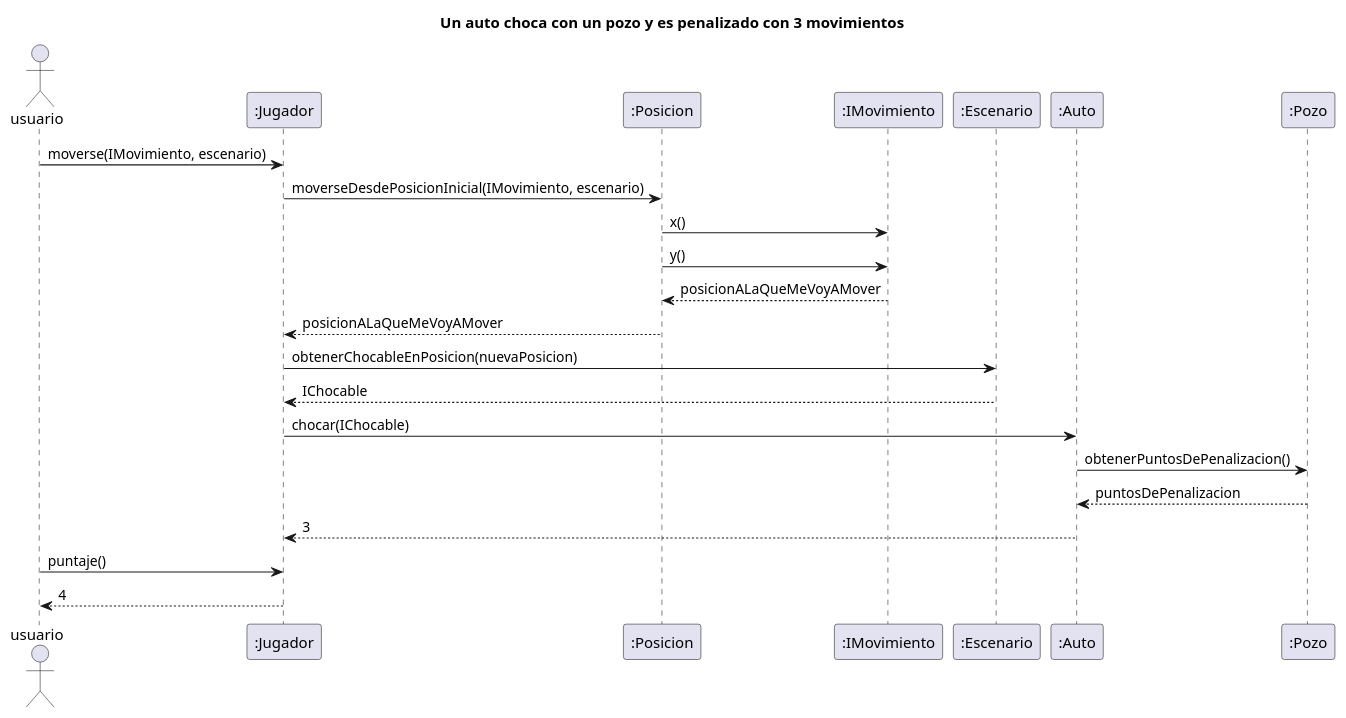
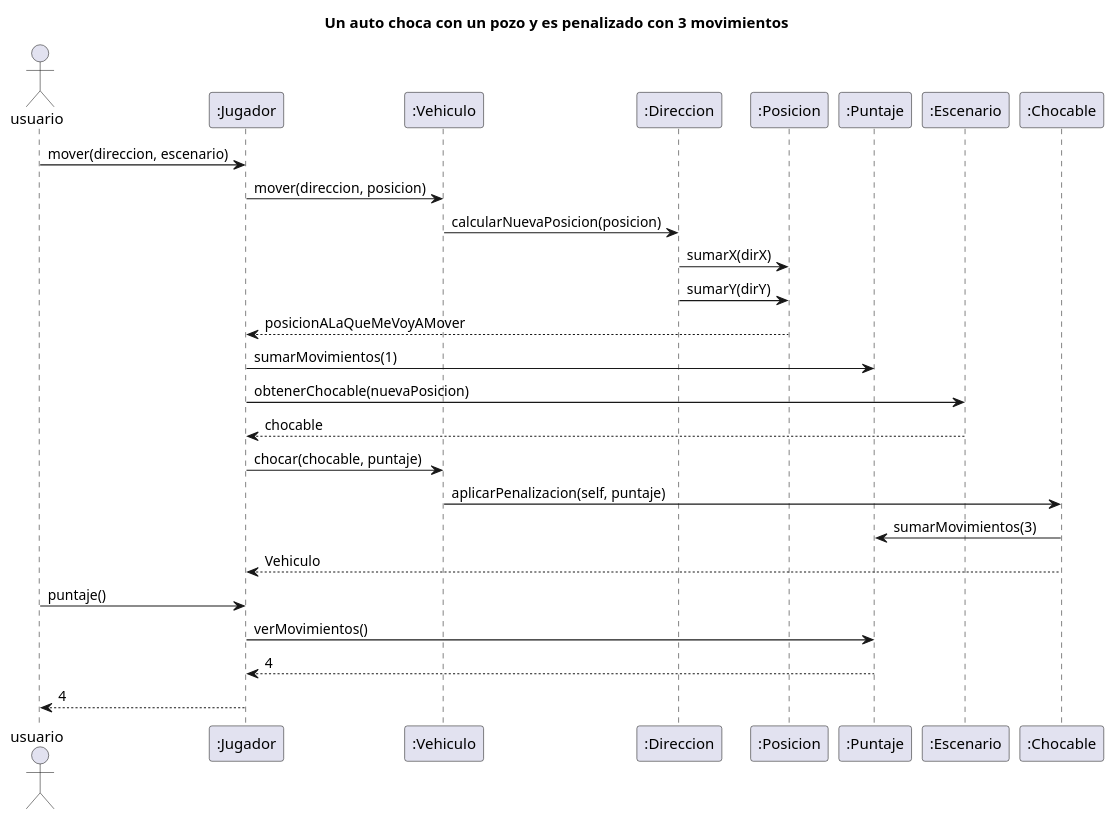
Before and after one commit to NestorPala/T17-GPSChallenge: the diagram in diagrams/sequences/auto_choca_pozo.puml, drawn with PlantUML. The commit also changed 2 other files, not shown here.

Commit message:
Actualizo diagrama de secuencia

```diff
--- a/diagrams/sequences/auto_choca_pozo.puml
+++ b/diagrams/sequences/auto_choca_pozo.puml
@@ -1,20 +1,24 @@
 @startuml
 title Un auto choca con un pozo y es penalizado con 3 movimientos
 Actor usuario
 
-"usuario" -> ":Jugador": moverse(IMovimiento, escenario)
-":Jugador" -> ":Posicion": moverseDesdePosicionInicial(IMovimiento, escenario)
-":Posicion" -> ":IMovimiento": x()
-":Posicion" -> ":IMovimiento": y()
-return posicionALaQueMeVoyAMover
+"usuario" -> ":Jugador": mover(direccion, escenario)
+":Jugador" -> ":Vehiculo": mover(direccion, posicion)
+":Vehiculo" -> ":Direccion": calcularNuevaPosicion(posicion)
+":Direccion" -> ":Posicion": sumarX(dirX)
+":Direccion" -> ":Posicion": sumarY(dirY)
 ":Posicion" --> ":Jugador": posicionALaQueMeVoyAMover
-":Jugador" -> ":Escenario": obtenerChocableEnPosicion(nuevaPosicion)
-":Escenario" --> ":Jugador": IChocable
-":Jugador" -> ":Auto": chocar(IChocable)
-":Auto" -> ":Pozo": obtenerPuntosDePenalizacion()
-return puntosDePenalizacion
-":Auto" --> ":Jugador": 3
+":Jugador" -> ":Puntaje": sumarMovimientos(1)
+":Jugador" -> ":Escenario": obtenerChocable(nuevaPosicion)
+":Escenario" --> ":Jugador": chocable
+":Jugador" -> ":Vehiculo": chocar(chocable, puntaje)
+":Vehiculo" -> ":Chocable": aplicarPenalizacion(self, puntaje)
+":Chocable" -> ":Puntaje" : sumarMovimientos(3)
+":Chocable" --> ":Jugador" : Vehiculo
+
 "usuario" -> ":Jugador": puntaje()
+":Jugador" -> ":Puntaje": verMovimientos()
 return 4
+":Jugador" --> "usuario" : 4
 
 @enduml
```
